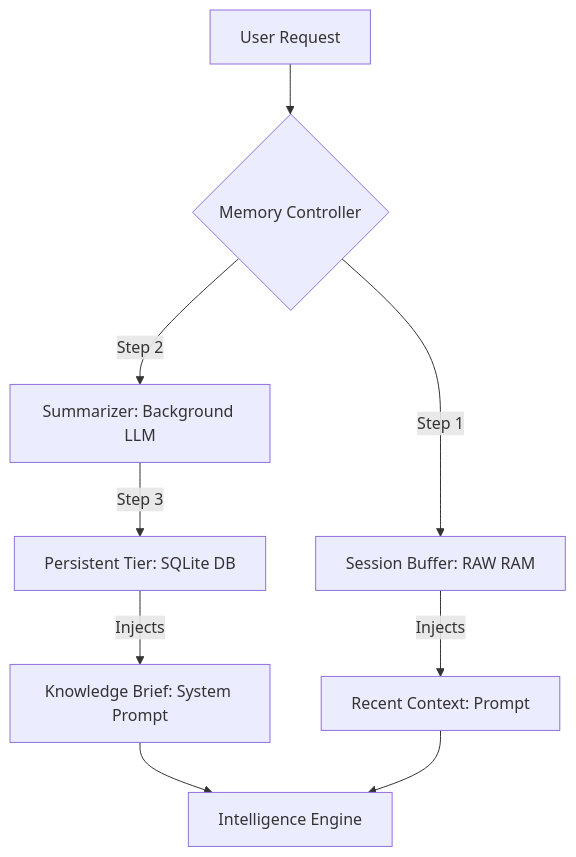
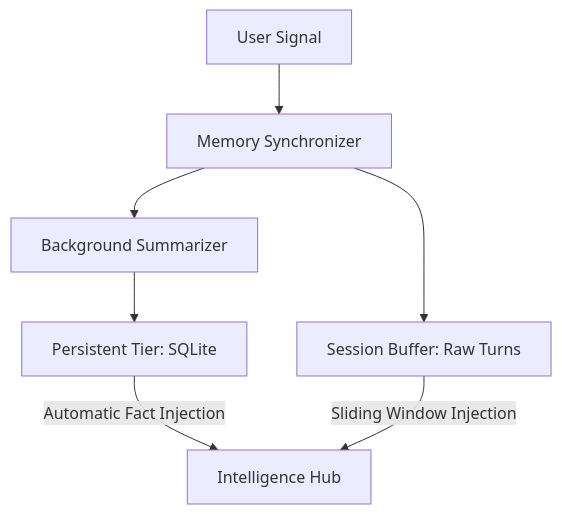
Before and after one commit to Sam-Dev-AI/OrionAgent: the diagram in README.md, drawn with Mermaid. The commit also changed other lines of this file, not shown here.

````diff
--- a/README.md
+++ b/README.md
@@ -126,10 +130,9 @@
 ```mermaid
 graph TD
-    A[User Request] --> B{Memory Controller}
-    B -- Step 1 --> C[Session Buffer: RAW RAM]
-    B -- Step 2 --> D[Summarizer: Background LLM]
-    D -- Step 3 --> E[Persistent Tier: SQLite DB]
-    E -- Injects --> F[Knowledge Brief: System Prompt]
-    C -- Injects --> G[Recent Context: Prompt]
-    F & G --> H[Intelligence Engine]
+    A[User Signal] --> B[Memory Synchronizer]
+    B --> C[Session Buffer: Raw Turns]
+    B --> D[Background Summarizer]
+    D --> E[Persistent Tier: SQLite]
+    E -- Automatic Fact Injection --> F[Intelligence Hub]
+    C -- Sliding Window Injection --> F
 ```
````
